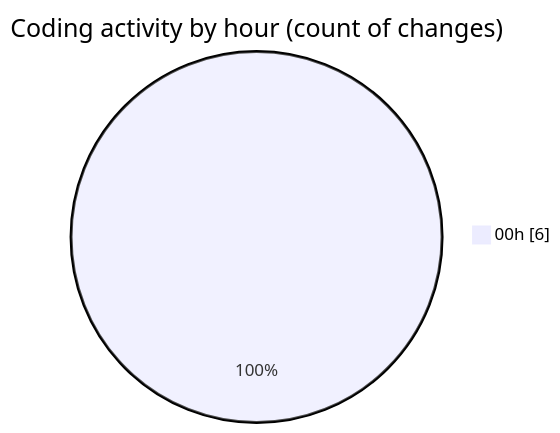
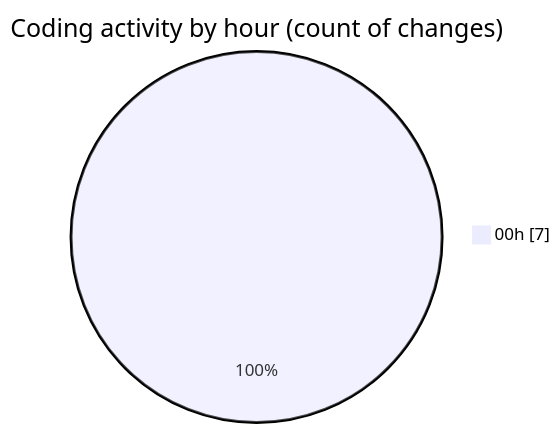
Before and after one commit to charlie-sans/code-tracking: the second of 2 diagrams in 2025-02-23/micros/README.md, drawn with Mermaid. The commit also changed other lines of this file and 1 other file, not shown here.

````diff
--- a/2025-02-23/micros/README.md
+++ b/2025-02-23/micros/README.md
@@ -30,5 +30,5 @@
 ```mermaid
 pie showData
 title Coding activity by hour (count of changes)
-"00h" : 6
+"00h" : 7
 ```
````
